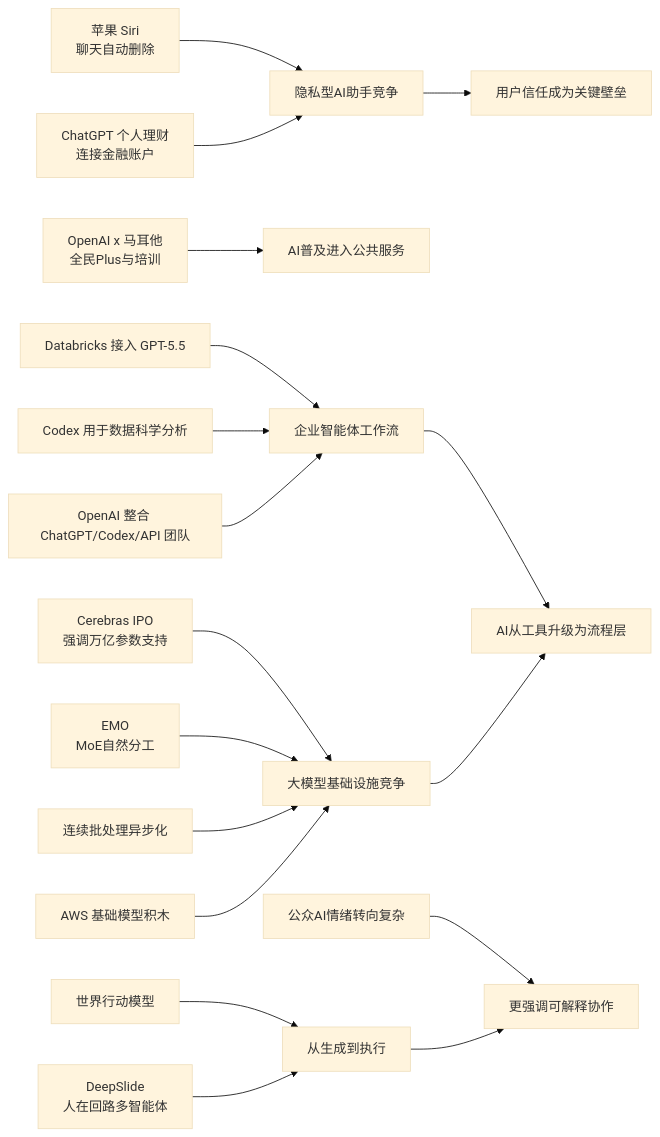
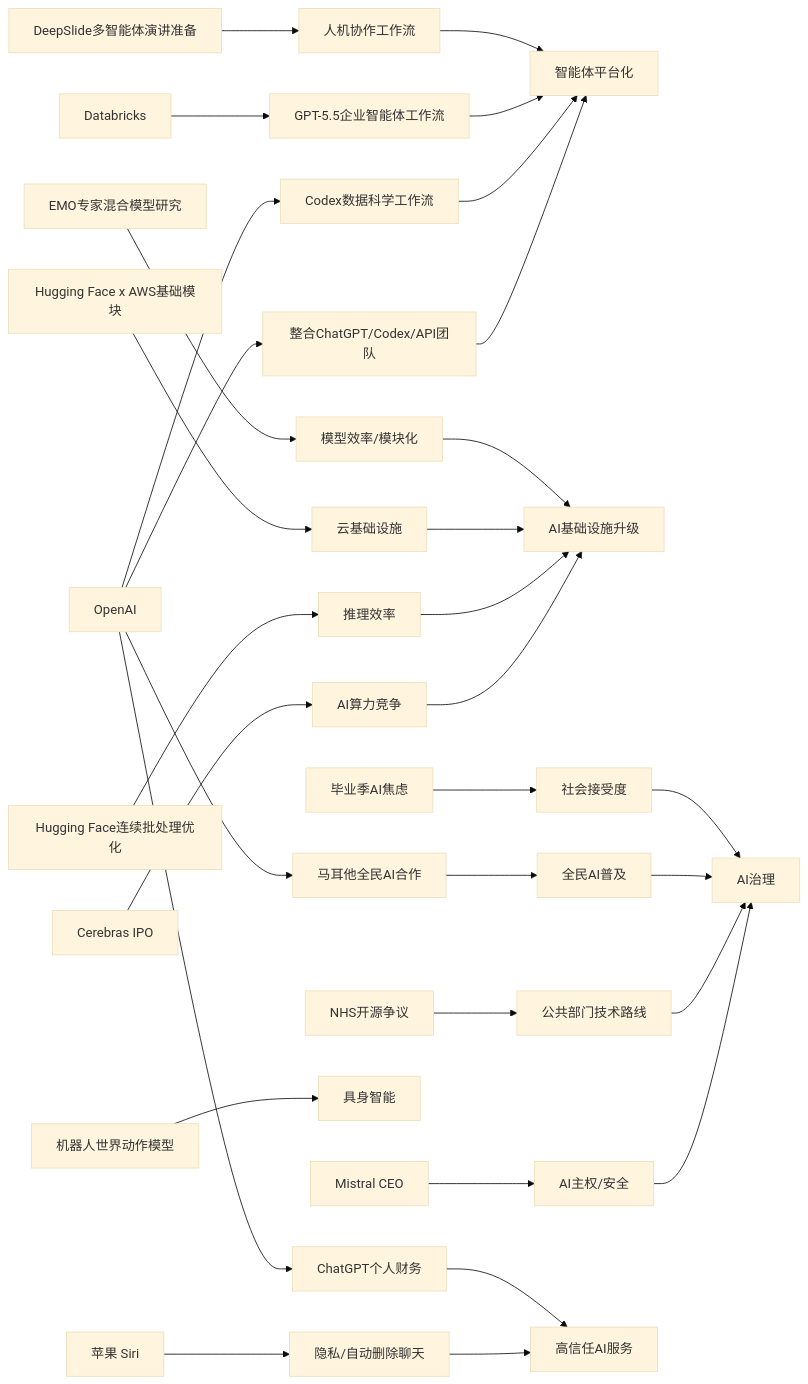
Before and after one commit to zhuxinfei/ai-daily-site: the diagram in content/cn/2026/2026-05/2026-05-18.md, drawn with Mermaid (base theme). The commit also changed other lines of this file, not shown here.

````diff
--- a/content/cn/2026/2026-05/2026-05-18.md
+++ b/content/cn/2026/2026-05/2026-05-18.md
@@ -110,24 +110,37 @@
 ```mermaid
 graph LR
-    A[苹果 Siri<br/>聊天自动删除] --> B[隐私型AI助手竞争]
-    C[ChatGPT 个人理财<br/>连接金融账户] --> B
-    D[OpenAI x 马耳他<br/>全民Plus与培训] --> E[AI普及进入公共服务]
+    Apple[苹果 Siri] --> Privacy[隐私/自动删除聊天]
+    OpenAI[OpenAI] --> ChatGPTFinance[ChatGPT个人财务]
+    OpenAI --> ProductMerge[整合ChatGPT/Codex/API团队]
+    OpenAI --> Malta[马耳他全民AI合作]
+    OpenAI --> Codex[Codex数据科学工作流]
+    Databricks[Databricks] --> GPT55[GPT-5.5企业智能体工作流]
+    ProductMerge --> Agents[智能体平台化]
+    Codex --> Agents
+    GPT55 --> Agents
 
-    F[Databricks 接入 GPT-5.5] --> G[企业智能体工作流]
-    H[Codex 用于数据科学分析] --> G
-    I[OpenAI 整合 ChatGPT/Codex/API 团队] --> G
+    Cerebras[Cerebras IPO] --> Compute[AI算力竞争]
+    HFAsync[Hugging Face连续批处理优化] --> Inference[推理效率]
+    HFAWS[Hugging Face x AWS基础模块] --> Infra[云基础设施]
+    EMO[EMO专家混合模型研究] --> ModelEff[模型效率/模块化]
+    Compute --> AIInfra[AI基础设施升级]
+    Inference --> AIInfra
+    Infra --> AIInfra
+    ModelEff --> AIInfra
 
-    J[Cerebras IPO<br/>强调万亿参数支持] --> K[大模型基础设施竞争]
-    L[EMO<br/>MoE自然分工] --> K
-    M[连续批处理异步化] --> K
-    N[AWS 基础模型积木] --> K
+    DeepSlide[DeepSlide多智能体演讲准备] --> Workflow[人机协作工作流]
+    WorldAction[机器人世界动作模型] --> EmbodiedAI[具身智能]
+    Workflow --> Agents
 
-    O[世界行动模型] --> P[从生成到执行]
-    Q[DeepSlide<br/>人在回路多智能体] --> P
-    R[公众AI情绪转向复杂] --> S[更强调可解释协作]
+    Mistral[Mistral CEO] --> Sovereignty[AI主权/安全]
+    NHS[NHS开源争议] --> PublicSector[公共部门技术路线]
+    Malta --> AILiteracy[全民AI普及]
+    Commencement[毕业季AI焦虑] --> SocialTrust[社会接受度]
+    Sovereignty --> Governance[AI治理]
+    PublicSector --> Governance
+    AILiteracy --> Governance
+    SocialTrust --> Governance
 
-    P --> S
-    B --> T[用户信任成为关键壁垒]
-    G --> U[AI从工具升级为流程层]
-    K --> U
+    Privacy --> Trust[高信任AI服务]
+    ChatGPTFinance --> Trust
 ```
````
